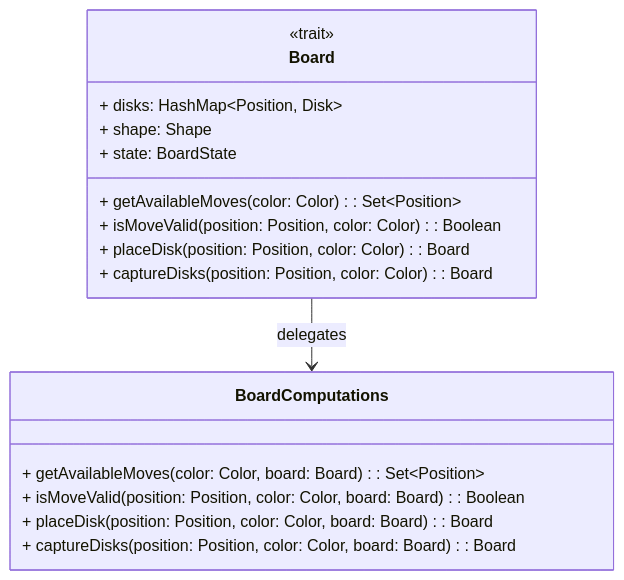
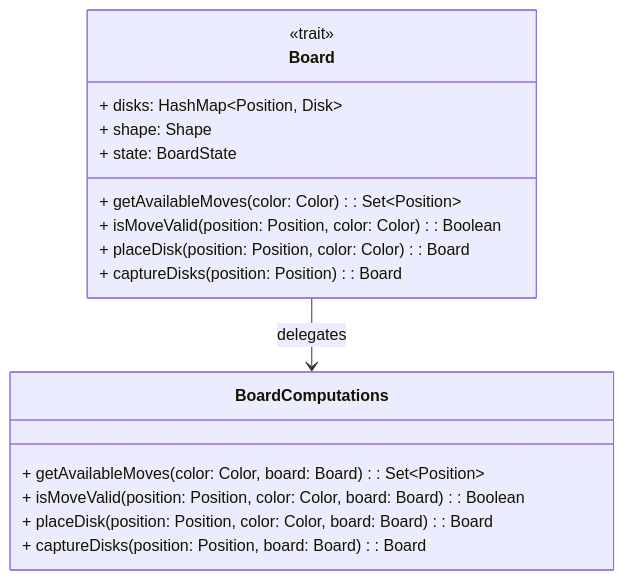
The tenth of 12 diagrams in docs/report/5-detailed-design.md (Borgotto/PPS-25-scalatello), drawn with Mermaid before and after one commit.

Commit message:
Refactor captureDisks design

````diff
--- a/docs/report/5-detailed-design.md
+++ b/docs/report/5-detailed-design.md
@@ -226,20 +226,20 @@
 ```mermaid
 classDiagram
   class Board {
     <<trait>>
     + disks: HashMap~Position, Disk~
     + shape: Shape
     + state: BoardState
     + getAvailableMoves(color: Color): Set~Position~
     + isMoveValid(position: Position, color: Color): Boolean
     + placeDisk(position: Position, color: Color): Board
-    + captureDisks(position: Position, color: Color): Board
+    + captureDisks(position: Position): Board
   }
   class BoardComputations {
     + getAvailableMoves(color: Color, board: Board): Set~Position~
     + isMoveValid(position: Position, color: Color, board: Board): Boolean
     + placeDisk(position: Position, color: Color, board: Board): Board
-    + captureDisks(position: Position, color: Color, board: Board): Board
+    + captureDisks(position: Position, board: Board): Board
   }
   Board --> BoardComputations: delegates
 ```
````
